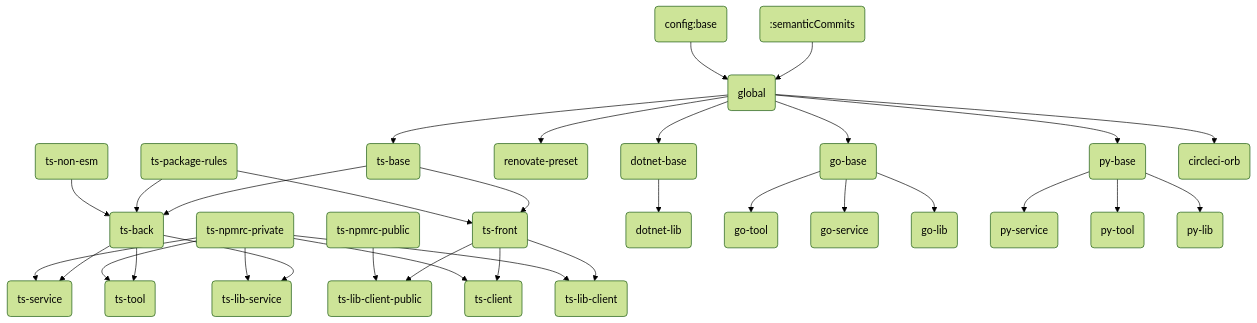
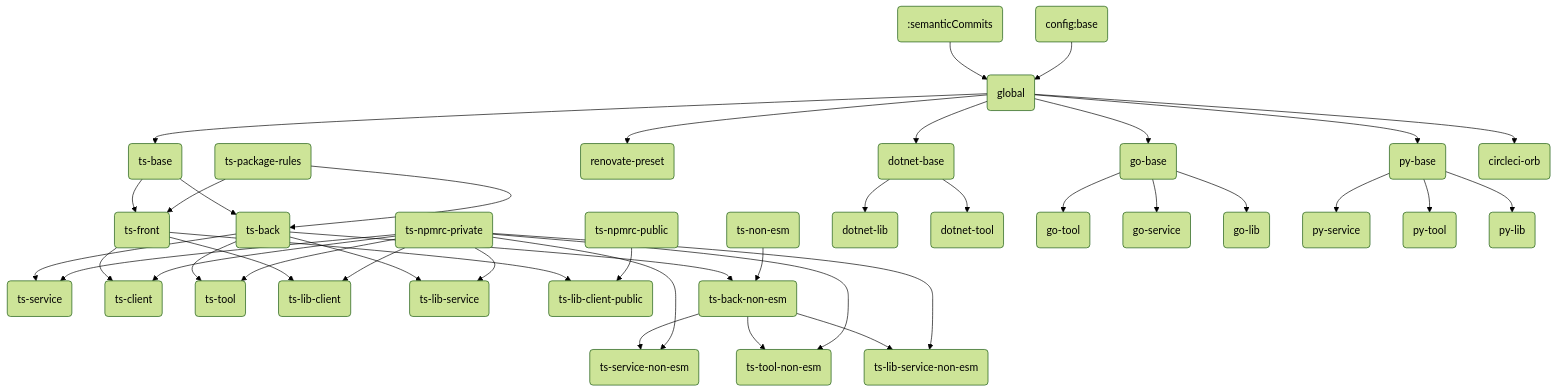
Before and after one commit to habx/devops-repo-shared-configs: the diagram in renovate/README.md, drawn with Mermaid (forest theme). The commit also changed 2 other files, not shown here.

Commit message:
chore(renovate): Back allows ESM now
#squash #merge

````diff
--- a/renovate/README.md
+++ b/renovate/README.md
@@ -2,35 +2,43 @@
 ```mermaid
 graph TD;
-ts-npmrc-public("ts-npmrc-public") --> ts-lib-client-public("ts-lib-client-public")
+ts-npmrc-private("ts-npmrc-private") --> ts-service-non-esm("ts-service-non-esm")
+ts-npmrc-private("ts-npmrc-private") --> ts-tool-non-esm("ts-tool-non-esm")
 ts-npmrc-private("ts-npmrc-private") --> ts-service("ts-service")
 ts-npmrc-private("ts-npmrc-private") --> ts-client("ts-client")
 ts-npmrc-private("ts-npmrc-private") --> ts-tool("ts-tool")
 ts-npmrc-private("ts-npmrc-private") --> ts-lib-client("ts-lib-client")
+ts-npmrc-private("ts-npmrc-private") --> ts-lib-service-non-esm("ts-lib-service-non-esm")
 ts-npmrc-private("ts-npmrc-private") --> ts-lib-service("ts-lib-service")
-ts-non-esm("ts-non-esm") --> ts-back("ts-back")
+ts-npmrc-public("ts-npmrc-public") --> ts-lib-client-public("ts-lib-client-public")
+ts-non-esm("ts-non-esm") --> ts-back-non-esm("ts-back-non-esm")
 ts-package-rules("ts-package-rules") --> ts-back("ts-back")
 ts-package-rules("ts-package-rules") --> ts-front("ts-front")
 config:base("config:base") --> global("global")
 :semanticCommits(":semanticCommits") --> global("global")
 global("global") --> ts-base("ts-base")
 global("global") --> renovate-preset("renovate-preset")
 global("global") --> go-base("go-base")
 global("global") --> dotnet-base("dotnet-base")
 global("global") --> py-base("py-base")
 global("global") --> circleci-orb("circleci-orb")
 dotnet-base("dotnet-base") --> dotnet-lib("dotnet-lib")
+dotnet-base("dotnet-base") --> dotnet-tool("dotnet-tool")
 go-base("go-base") --> go-tool("go-tool")
 go-base("go-base") --> go-service("go-service")
 go-base("go-base") --> go-lib("go-lib")
 ts-base("ts-base") --> ts-back("ts-back")
 ts-base("ts-base") --> ts-front("ts-front")
 py-base("py-base") --> py-service("py-service")
 py-base("py-base") --> py-tool("py-tool")
 py-base("py-base") --> py-lib("py-lib")
 ts-back("ts-back") --> ts-service("ts-service")
+ts-back("ts-back") --> ts-back-non-esm("ts-back-non-esm")
 ts-back("ts-back") --> ts-tool("ts-tool")
 ts-back("ts-back") --> ts-lib-service("ts-lib-service")
 ts-front("ts-front") --> ts-lib-client-public("ts-lib-client-public")
 ts-front("ts-front") --> ts-client("ts-client")
 ts-front("ts-front") --> ts-lib-client("ts-lib-client")
+ts-back-non-esm("ts-back-non-esm") --> ts-service-non-esm("ts-service-non-esm")
+ts-back-non-esm("ts-back-non-esm") --> ts-tool-non-esm("ts-tool-non-esm")
+ts-back-non-esm("ts-back-non-esm") --> ts-lib-service-non-esm("ts-lib-service-non-esm")
 ```
````
